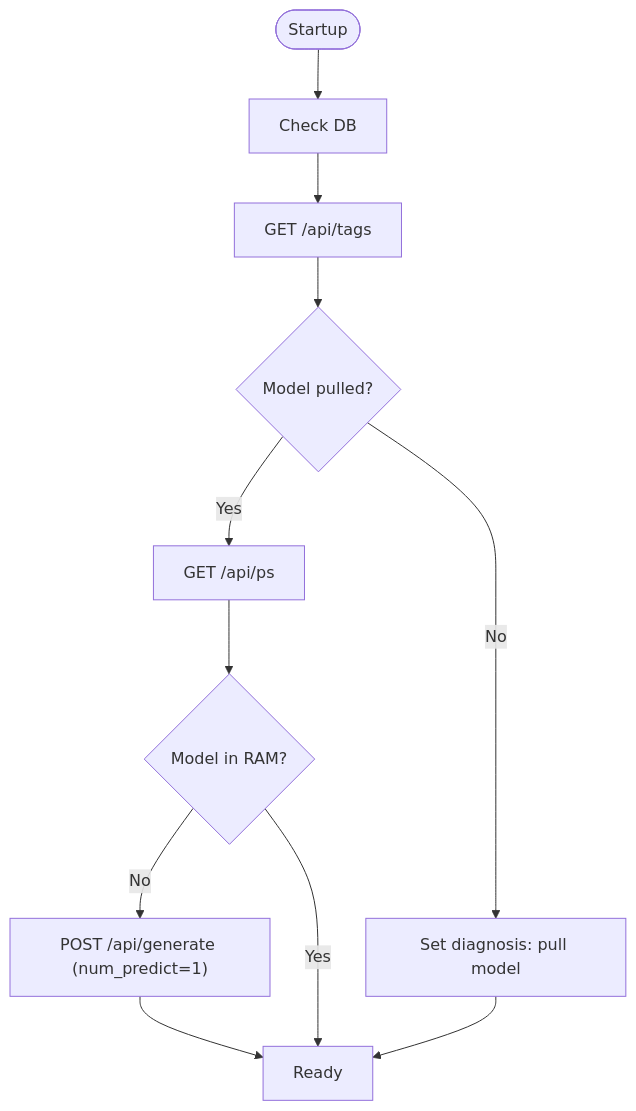
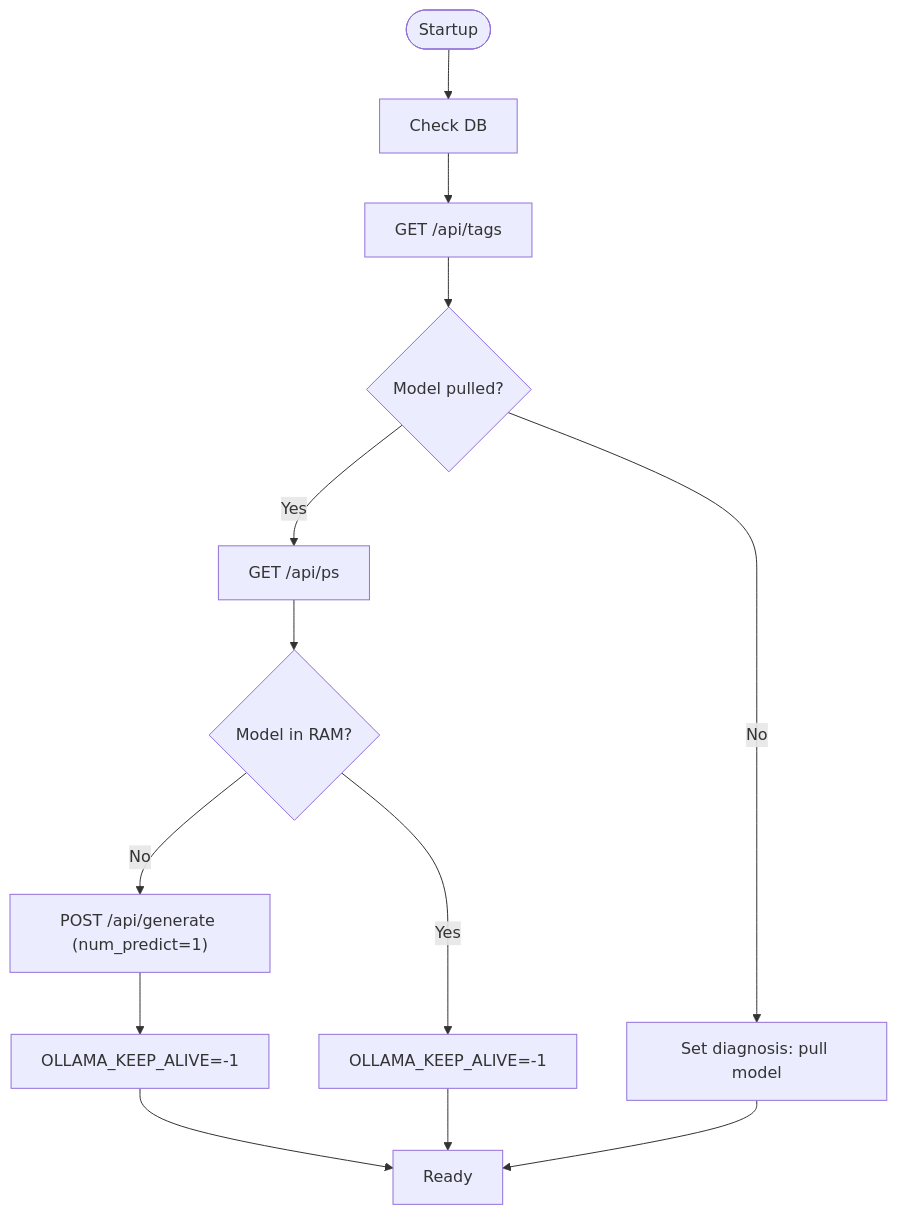
One commit to Revanththetalogics/aireume changed the tenth of 11 diagrams in .qoder/repowiki/en/content/Analysis Engine/LLM Service Integration.md. Above: the diagram before and after it, drawn with Mermaid. The commit also changed other lines of this file and 33 other files, not shown here.

````diff
--- a/.qoder/repowiki/en/content/Analysis Engine/LLM Service Integration.md
+++ b/.qoder/repowiki/en/content/Analysis Engine/LLM Service Integration.md
@@ -292,13 +462,15 @@
 ```mermaid
 flowchart TD
 Start(["Startup"]) --> DBCheck["Check DB"]
 DBCheck --> OllamaTags["GET /api/tags"]
 OllamaTags --> ModelsFound{"Model pulled?"}
 ModelsFound --> |No| Diagnose["Set diagnosis: pull model"]
 ModelsFound --> |Yes| PS["GET /api/ps"]
 PS --> Hot{"Model in RAM?"}
 Hot --> |No| Warm["POST /api/generate (num_predict=1)"]
-Warm --> Ready["Ready"]
-Hot --> |Yes| Ready
+Warm --> KeepAlive["OLLAMA_KEEP_ALIVE=-1"]
+KeepAlive --> Ready["Ready"]
+Hot --> |Yes| KeepAlive2["OLLAMA_KEEP_ALIVE=-1"]
+KeepAlive2 --> Ready
 Diagnose --> Ready
 ```
````
